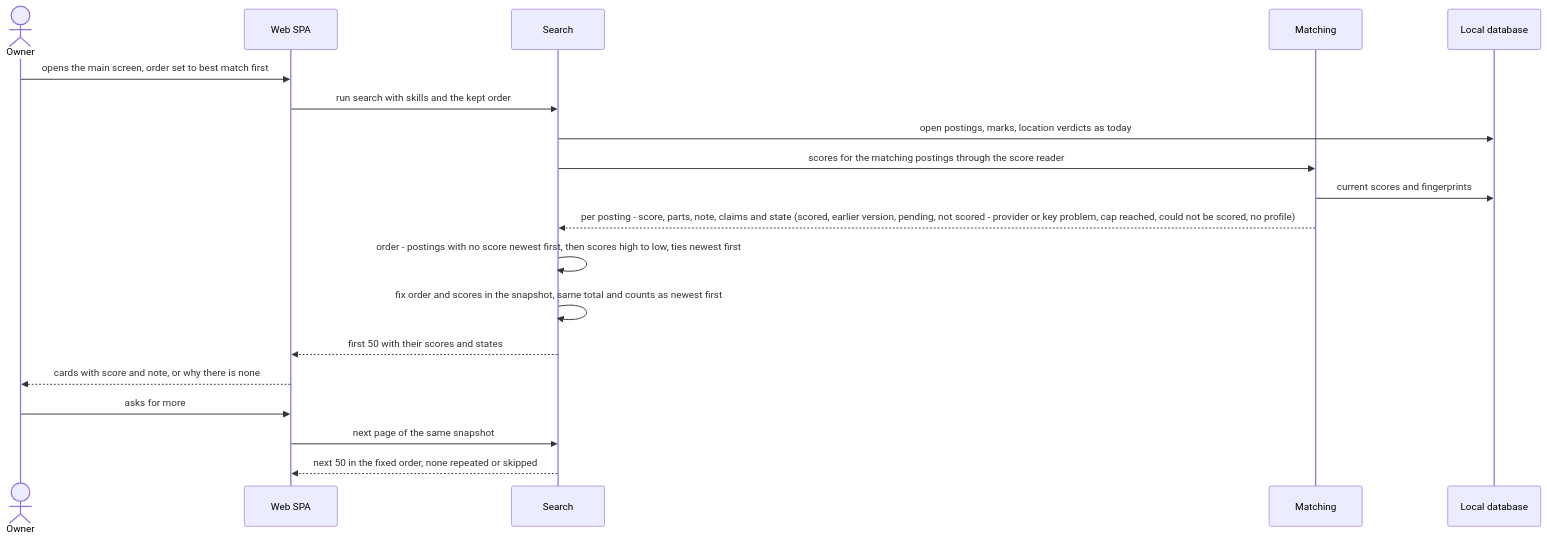
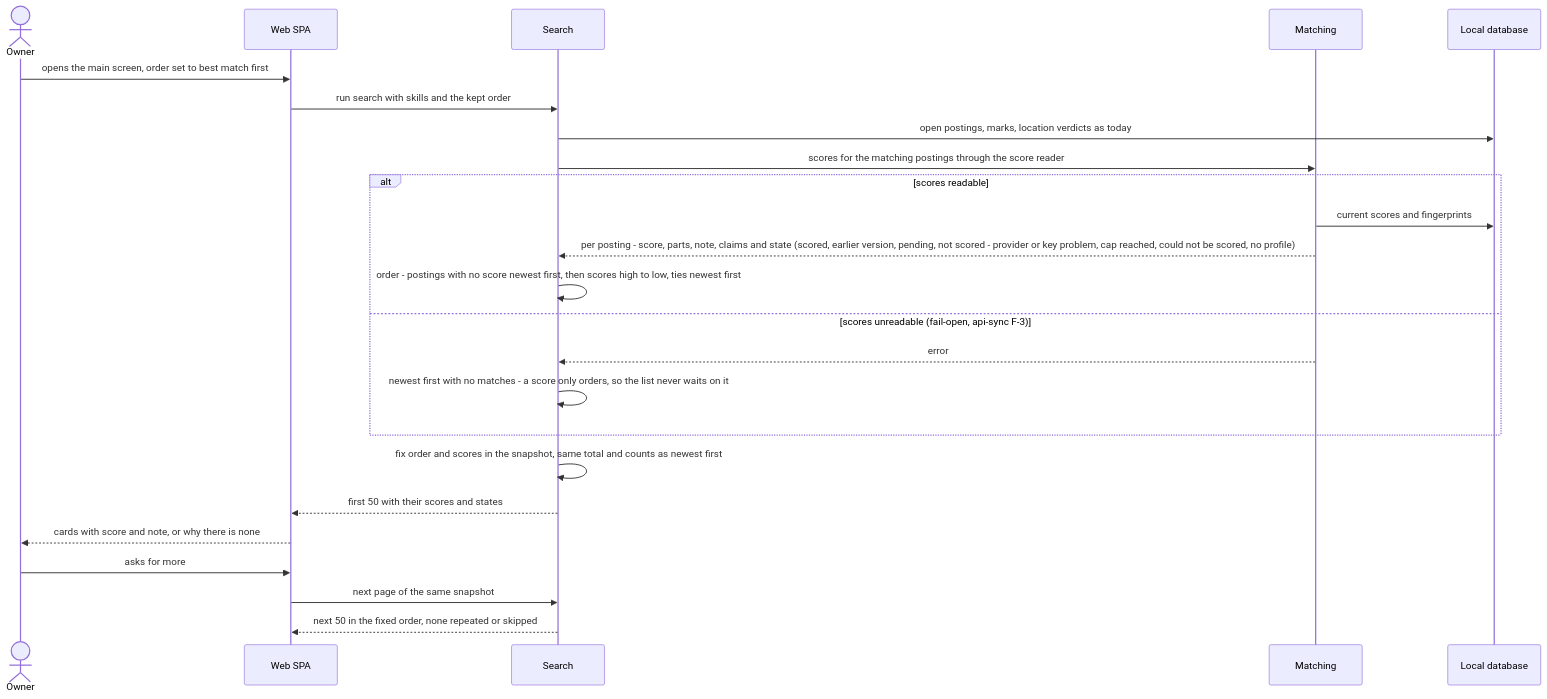
One commit to DeveloperFromUkraine/job-radar changed the fourth of 11 diagrams in docs/features/match-score/sad.md. Above: the diagram before and after it, drawn with Mermaid. The commit also changed other lines of this file and 7 other files, not shown here.

First line of the commit message:
docs(match-score): SAD table names and flow 2's fail-open branch, contract pointers, inventory, key setup

````diff
--- a/docs/features/match-score/sad.md
+++ b/docs/features/match-score/sad.md
@@ -203,22 +203,27 @@
 ```mermaid
 sequenceDiagram
     actor Owner
     participant Web as Web SPA
     participant Search
     participant Matching
     participant DB as Local database
 
     Owner->>Web: opens the main screen, order set to best match first
     Web->>Search: run search with skills and the kept order
     Search->>DB: open postings, marks, location verdicts as today
     Search->>Matching: scores for the matching postings through the score reader
-    Matching->>DB: current scores and fingerprints
-    Matching-->>Search: per posting - score, parts, note, claims and state (scored, earlier version, pending, not scored - provider or key problem, cap reached, could not be scored, no profile)
-    Search->>Search: order - postings with no score newest first, then scores high to low, ties newest first
+    alt scores readable
+        Matching->>DB: current scores and fingerprints
+        Matching-->>Search: per posting - score, parts, note, claims and state (scored, earlier version, pending, not scored - provider or key problem, cap reached, could not be scored, no profile)
+        Search->>Search: order - postings with no score newest first, then scores high to low, ties newest first
+    else scores unreadable (fail-open, api-sync F-3)
+        Matching-->>Search: error
+        Search->>Search: newest first with no matches - a score only orders, so the list never waits on it
+    end
     Search->>Search: fix order and scores in the snapshot, same total and counts as newest first
     Search-->>Web: first 50 with their scores and states
     Web-->>Owner: cards with score and note, or why there is none
     Owner->>Web: asks for more
     Web->>Search: next page of the same snapshot
     Search-->>Web: next 50 in the fixed order, none repeated or skipped
 ```
````
